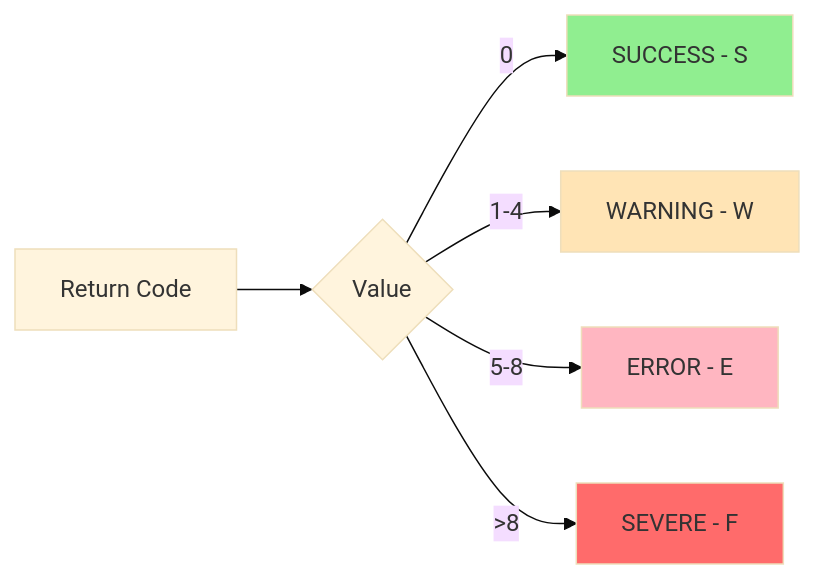
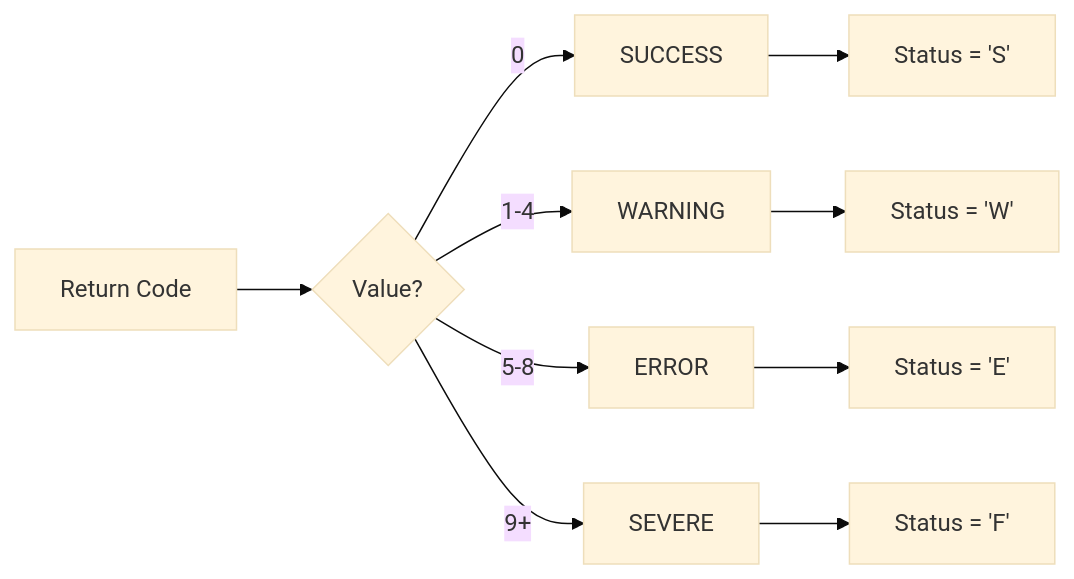
Before and after one commit to haladir-com/legacy-benchmark-docs-vb70e1: the second of 2 diagrams in docs/programs/RTNCDE00.mdx, drawn with Mermaid (base theme). The commit also changed other lines of this file and 63 other files, not shown here.

````diff
--- a/docs/programs/RTNCDE00.mdx
+++ b/docs/programs/RTNCDE00.mdx
@@ -191,13 +196,13 @@
 ```mermaid
-graph LR
-    A[Return Code] --> B{Value}
-    B -->|0| C[SUCCESS - S]
-    B -->|1-4| D[WARNING - W]
-    B -->|5-8| E[ERROR - E]
-    B -->|>8| F[SEVERE - F]
+flowchart LR
+    A[Return Code] --> B{Value?}
+    B -->|0| C[SUCCESS]
+    B -->|1-4| D[WARNING]
+    B -->|5-8| E[ERROR]
+    B -->|9+| F[SEVERE]
     
-    style C fill:#90EE90
-    style D fill:#FFE4B5
-    style E fill:#FFB6C1
-    style F fill:#FF6B6B
+    C --> G["Status = 'S'"]
+    D --> H["Status = 'W'"]
+    E --> I["Status = 'E'"]
+    F --> J["Status = 'F'"]
 ```
````
